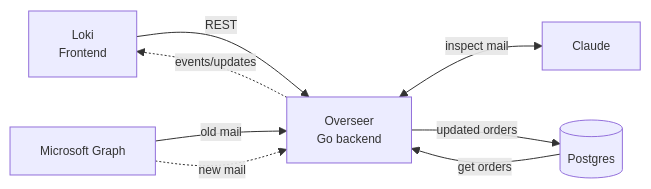
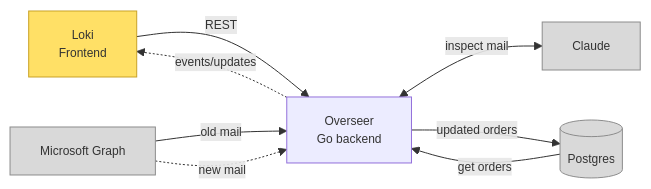
Before and after one commit to cabrerajulian401/Overseer-ThirdEye: the first of 2 diagrams in README.md, drawn with Mermaid.

Commit message:
docs: diagram colors — grey service nodes, yellow frontend

````diff
--- a/README.md
+++ b/README.md
@@ -15,17 +15,22 @@
 ```mermaid
 %%{init: {"themeVariables": {"fontSize": "12px"}}}%%
 flowchart LR
     Loki["Loki<br/>Frontend"]
     OV["Overseer<br/>Go backend"]
     MSG["Microsoft Graph"]
     CLAUDE["Claude"]
     PG[("Postgres")]
 
     Loki -->|"REST"| OV
     OV -.->|"events/updates"| Loki
     MSG -->|"old mail"| OV
     OV <-->|"inspect mail"| CLAUDE
     OV -->|"updated orders"| PG
     PG -->|"get orders"| OV
     MSG -.->|"new mail"| OV
+
+    classDef service fill:#d9d9d9,stroke:#8c8c8c,color:#333
+    classDef frontend fill:#ffe066,stroke:#c9a227,color:#333
+    class MSG,CLAUDE,PG service
+    class Loki frontend
 ```
````
